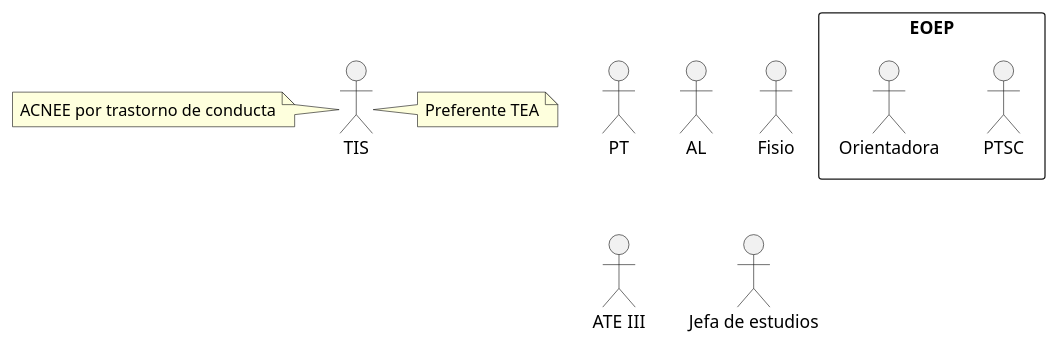
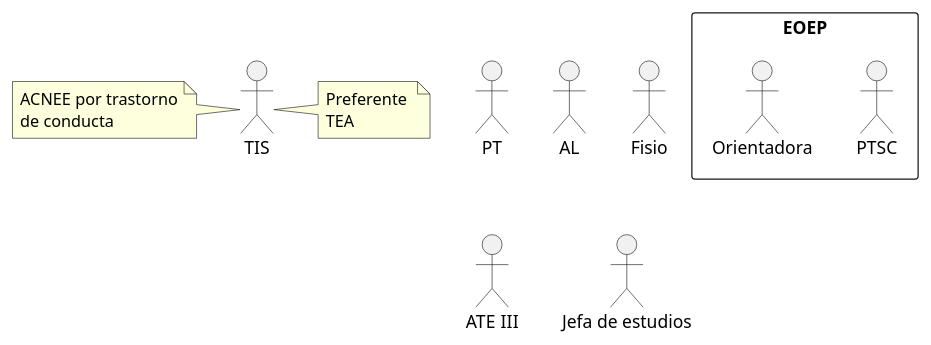
One commit to alvarogonzalezsotillo/charla-tis changed the third of 3 diagrams in charla-tis.org. Above: the diagram before and after it, drawn with PlantUML. The commit also changed other lines of this file and 6 other files, not shown here.

```diff
--- a/charla-tis.org
+++ b/charla-tis.org
@@ -141,25 +144,31 @@
 #+BEGIN_SRC plantuml :file equipo-apoyo.png
 @startuml
 
 :PT: 
 :AL: 
 
 
 
 :Fisio:
 :ATE III:
 :Jefa de estudios:
 
 rectangle EOEP{
   :PTSC: 
   :Orientadora: 
 }
 
 :TIS:
 
-note right of TIS: Preferente TEA
+note right of TIS
+Preferente 
+TEA
+end note
 
-note left of TIS: ACNEE por trastorno de conducta
+note left of TIS
+ACNEE por trastorno
+de conducta
+end note
 
 @enduml
 #+END_SRC
```
